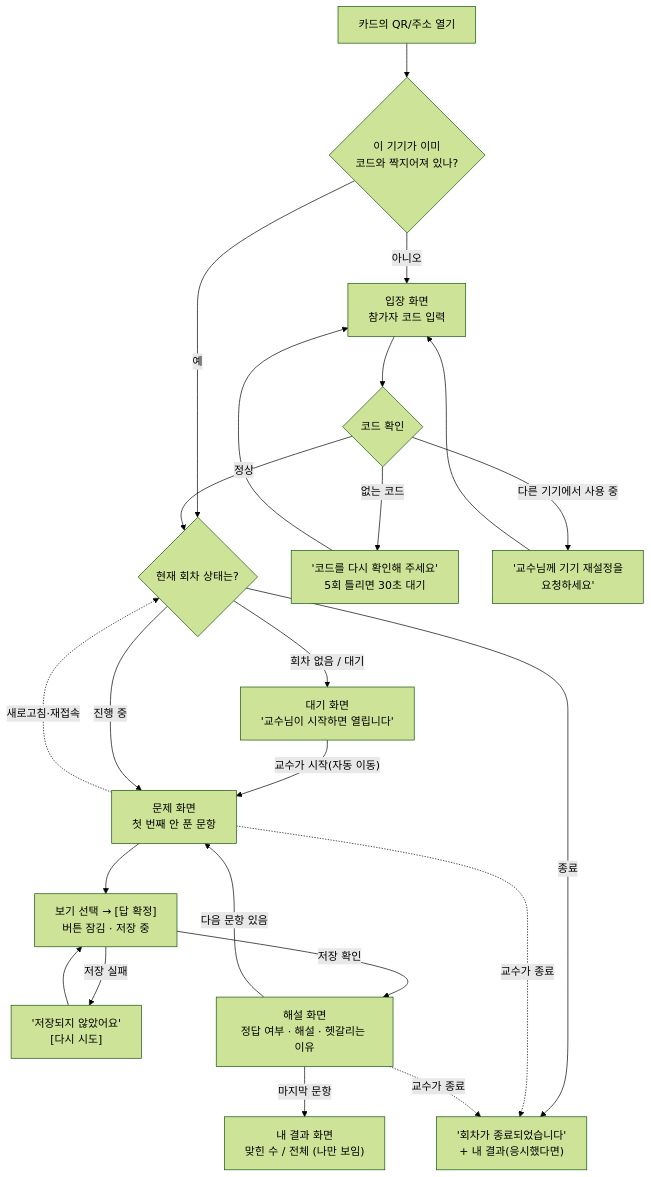
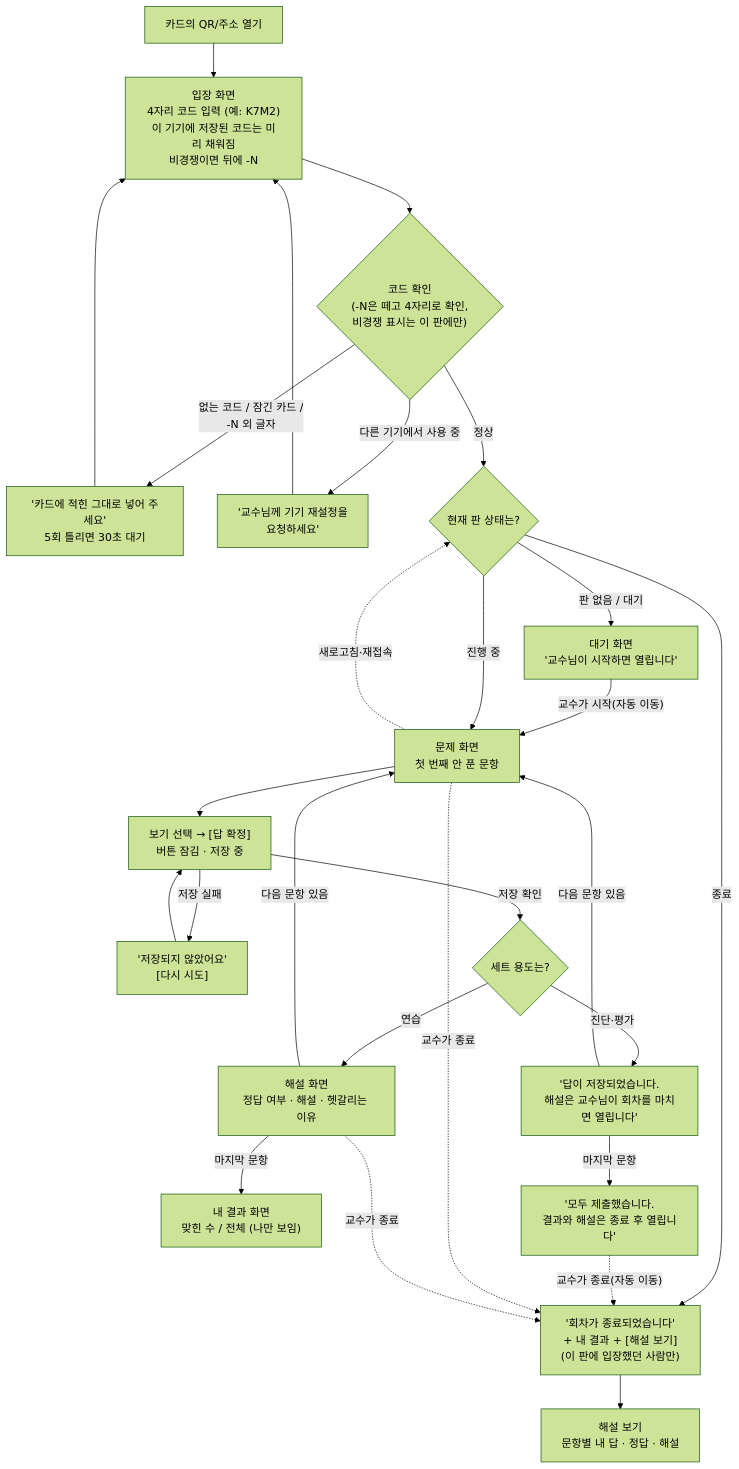
Before and after one commit to gt4065c-cell/wsuk: the first of 2 diagrams in 04_제품개발팀/2026-11-01_PRD_v0.1_팀챌린지웹앱.md, drawn with Mermaid (forest theme). The commit also changed other lines of this file and 2 other files, not shown here.

````diff
--- a/04_제품개발팀/2026-11-01_PRD_v0.1_팀챌린지웹앱.md
+++ b/04_제품개발팀/2026-11-01_PRD_v0.1_팀챌린지웹앱.md
@@ -331,22 +372,26 @@
 ```mermaid
 flowchart TD
-    A["카드의 QR/주소 열기"] --> B{"이 기기가 이미<br/>코드와 짝지어져 있나?"}
-    B -- 예 --> E
-    B -- 아니오 --> C["입장 화면<br/>참가자 코드 입력"]
-    C --> D{"코드 확인"}
-    D -- "없는 코드" --> C1["'코드를 다시 확인해 주세요'<br/>5회 틀리면 30초 대기"] --> C
+    A["카드의 QR/주소 열기"] --> C["입장 화면<br/>4자리 코드 입력 (예: K7M2)<br/>이 기기에 저장된 코드는 미리 채워짐<br/>비경쟁이면 뒤에 -N"]
+    C --> D{"코드 확인<br/>(-N은 떼고 4자리로 확인,<br/>비경쟁 표시는 이 판에만)"}
+    D -- "없는 코드 / 잠긴 카드 /<br/>-N 외 글자" --> C1["'카드에 적힌 그대로 넣어 주세요'<br/>5회 틀리면 30초 대기"] --> C
     D -- "다른 기기에서 사용 중" --> C2["'교수님께 기기 재설정을<br/>요청하세요'"] --> C
-    D -- "정상" --> E{"현재 회차 상태는?"}
-    E -- "회차 없음 / 대기" --> F["대기 화면<br/>'교수님이 시작하면 열립니다'"]
+    D -- "정상" --> E{"현재 판 상태는?"}
+    E -- "판 없음 / 대기" --> F["대기 화면<br/>'교수님이 시작하면 열립니다'"]
     F -- "교수가 시작(자동 이동)" --> G
     E -- "진행 중" --> G["문제 화면<br/>첫 번째 안 푼 문항"]
-    E -- "종료" --> K["'회차가 종료되었습니다'<br/>+ 내 결과(응시했다면)"]
+    E -- "종료" --> K["'회차가 종료되었습니다'<br/>+ 내 결과 + [해설 보기]<br/>(이 판에 입장했던 사람만)"]
     G --> H["보기 선택 → [답 확정]<br/>버튼 잠김 · 저장 중"]
     H -- "저장 실패" --> H1["'저장되지 않았어요'<br/>[다시 시도]"] --> H
-    H -- "저장 확인" --> I["해설 화면<br/>정답 여부 · 해설 · 헷갈리는 이유"]
+    H -- "저장 확인" --> P{"세트 용도는?"}
+    P -- "연습" --> I["해설 화면<br/>정답 여부 · 해설 · 헷갈리는 이유"]
+    P -- "진단·평가" --> I2["'답이 저장되었습니다.<br/>해설은 교수님이 회차를 마치면 열립니다'"]
     I -- "다음 문항 있음" --> G
+    I2 -- "다음 문항 있음" --> G
     I -- "마지막 문항" --> J["내 결과 화면<br/>맞힌 수 / 전체 (나만 보임)"]
+    I2 -- "마지막 문항" --> J2["'모두 제출했습니다.<br/>결과와 해설은 종료 후 열립니다'"]
+    J2 -. "교수가 종료(자동 이동)" .-> K
+    K --> R["해설 보기<br/>문항별 내 답 · 정답 · 해설"]
     G -. "교수가 종료" .-> K
     I -. "교수가 종료" .-> K
     G -. "새로고침·재접속" .-> E
 ```
````
